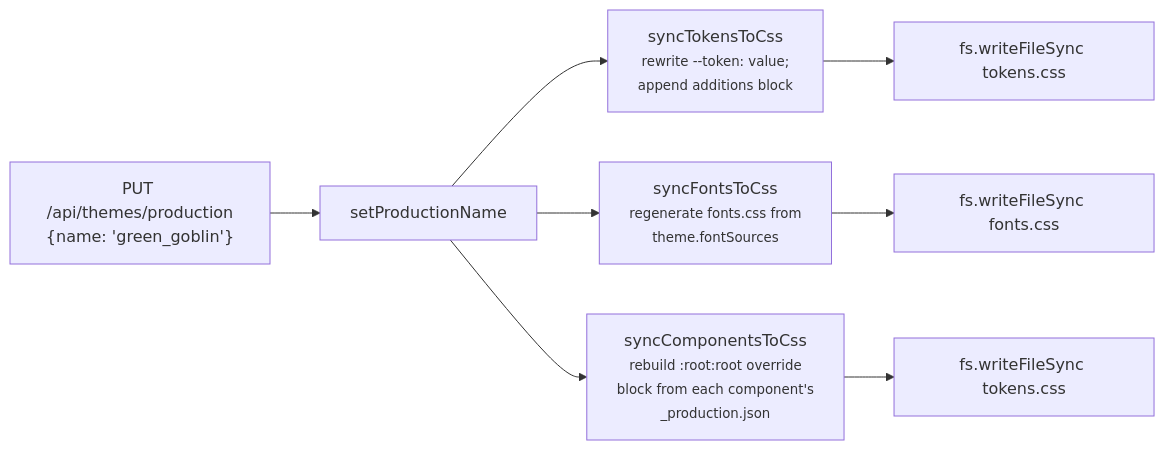
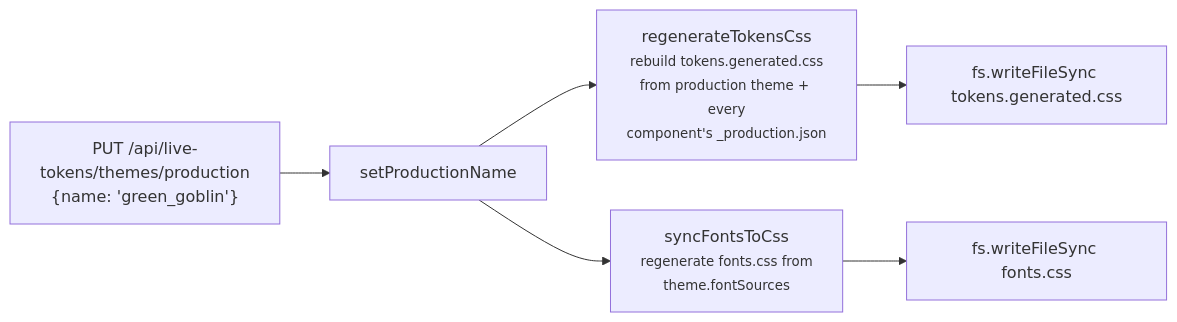
One commit to motionproto/live-tokens changed the second of 3 diagrams in docs/06-dev-server-plugin.md. Above: the diagram before and after it, drawn with Mermaid. The commit also changed other lines of this file and 30 other files, not shown here.

````diff
--- a/docs/06-dev-server-plugin.md
+++ b/docs/06-dev-server-plugin.md
@@ -168,11 +202,9 @@
 ```mermaid
 flowchart LR
-    Promote["PUT /api/themes/production<br/>{name: 'green_goblin'}"]
+    Promote["PUT /api/live-tokens/themes/production<br/>{name: 'green_goblin'}"]
     Promote --> SetProd[setProductionName]
-    SetProd --> SyncTokens["syncTokensToCss<br/><small>rewrite --token: value;<br/>append additions block</small>"]
+    SetProd --> Regen["regenerateTokensCss<br/><small>rebuild tokens.generated.css<br/>from production theme + every<br/>component's _production.json</small>"]
     SetProd --> SyncFonts["syncFontsToCss<br/><small>regenerate fonts.css from<br/>theme.fontSources</small>"]
-    SetProd --> SyncComps["syncComponentsToCss<br/><small>rebuild :root:root override<br/>block from each component's<br/>_production.json</small>"]
-    SyncTokens --> WriteCss[fs.writeFileSync tokens.css]
+    Regen --> WriteCss[fs.writeFileSync tokens.generated.css]
     SyncFonts --> WriteFonts[fs.writeFileSync fonts.css]
-    SyncComps --> WriteCss2[fs.writeFileSync tokens.css]
 ```
````
